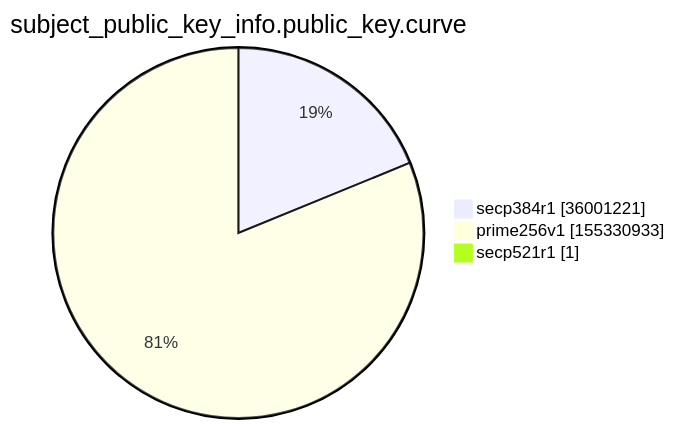
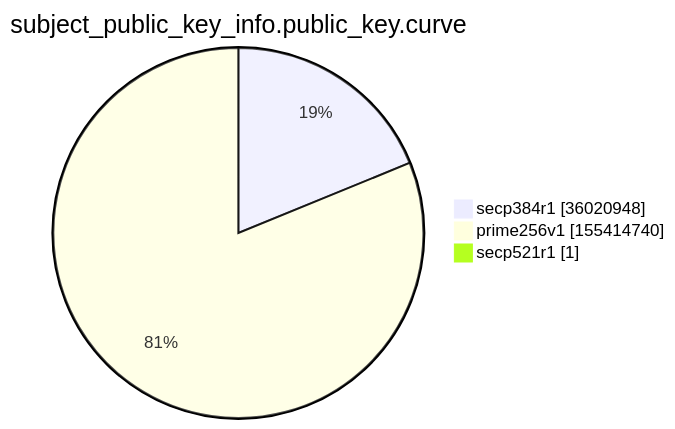
One commit to christiankrug/ctmonitor_visualization changed the ninth of 15 diagrams in argon2022/README.md. Above: the diagram before and after it, drawn with Mermaid. The commit also changed other lines of this file, not shown here.

````diff
--- a/argon2022/README.md
+++ b/argon2022/README.md
@@ -2766,7 +2766,7 @@
 ```mermaid
 pie showData
 title subject_public_key_info.public_key.curve
-"secp384r1" :36001221
-"prime256v1" :155330933
+"secp384r1" :36020948
+"prime256v1" :155414740
 "secp521r1" :1
 ```
````
